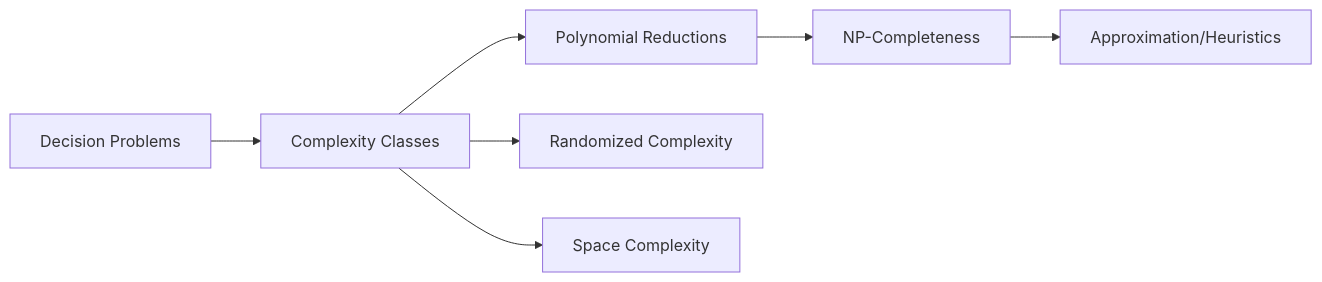
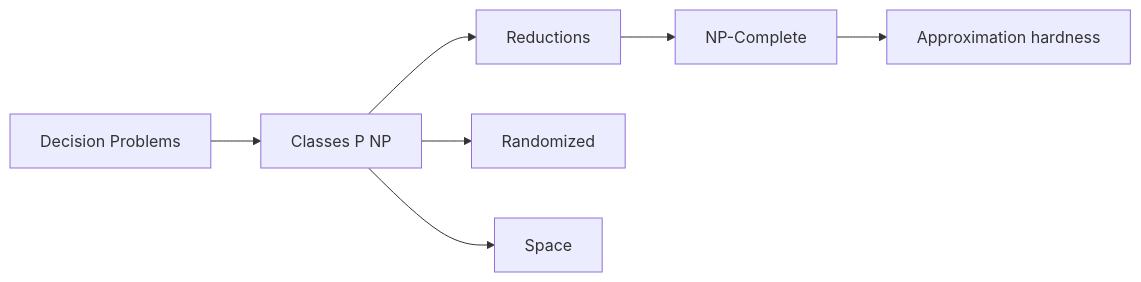
One commit to kanthi/books changed the diagram in books/Maths/content/19-Complexity-Theory/00-intro.md. Above: the diagram before and after it, drawn with Mermaid. The commit also changed other lines of this file and 45 other files, not shown here.

````diff
--- a/books/Maths/content/19-Complexity-Theory/00-intro.md
+++ b/books/Maths/content/19-Complexity-Theory/00-intro.md
@@ -14,9 +17,9 @@
 ```mermaid
 flowchart LR
-  A[Decision Problems] --> B[Complexity Classes]
-  B --> C[Polynomial Reductions]
-  C --> D[NP-Completeness]
-  B --> E[Randomized Complexity]
-  B --> F[Space Complexity]
-  D --> G[Approximation/Heuristics]
+  A[Decision Problems] --> B[Classes P NP]
+  B --> C[Reductions]
+  C --> D[NP-Complete]
+  B --> E[Randomized]
+  B --> F[Space]
+  D --> G[Approximation hardness]
 ```
````
